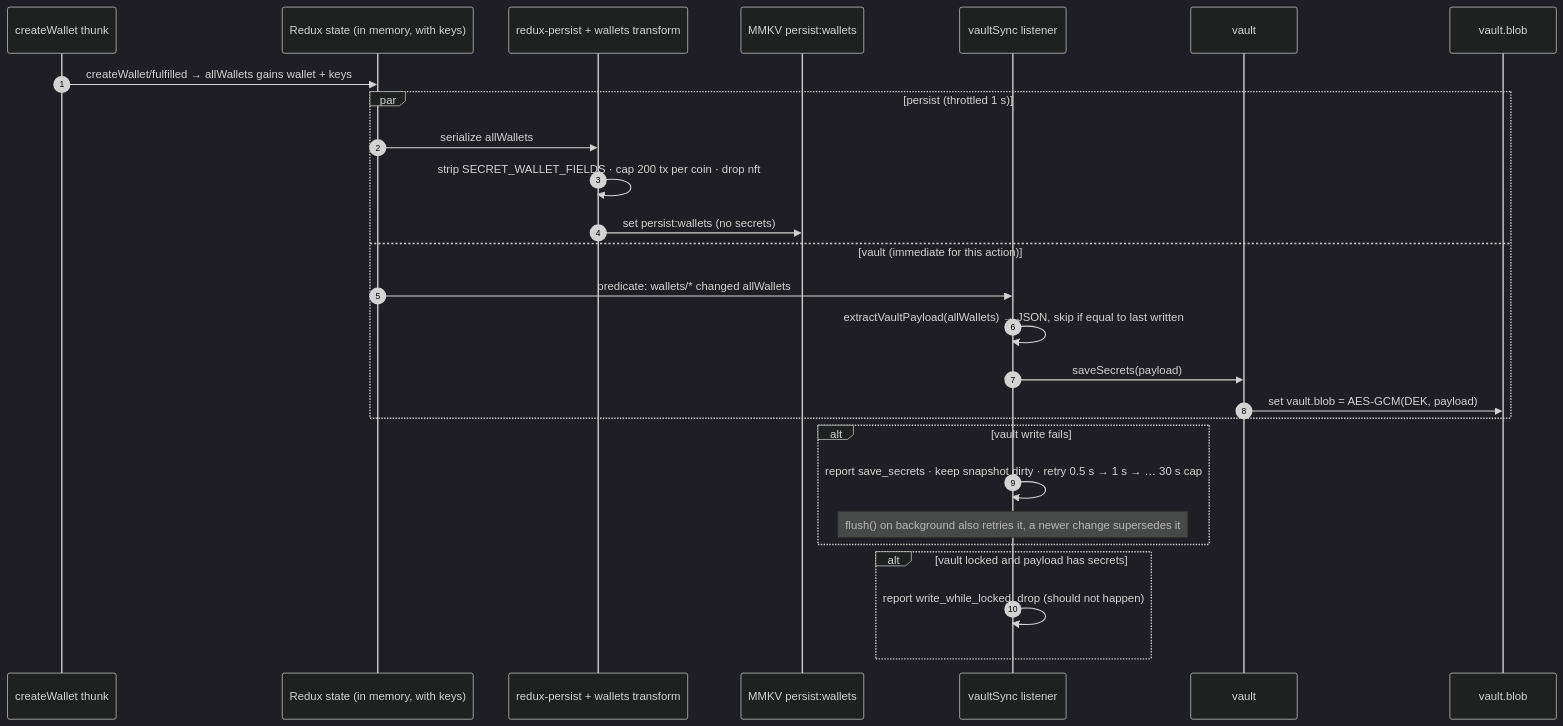
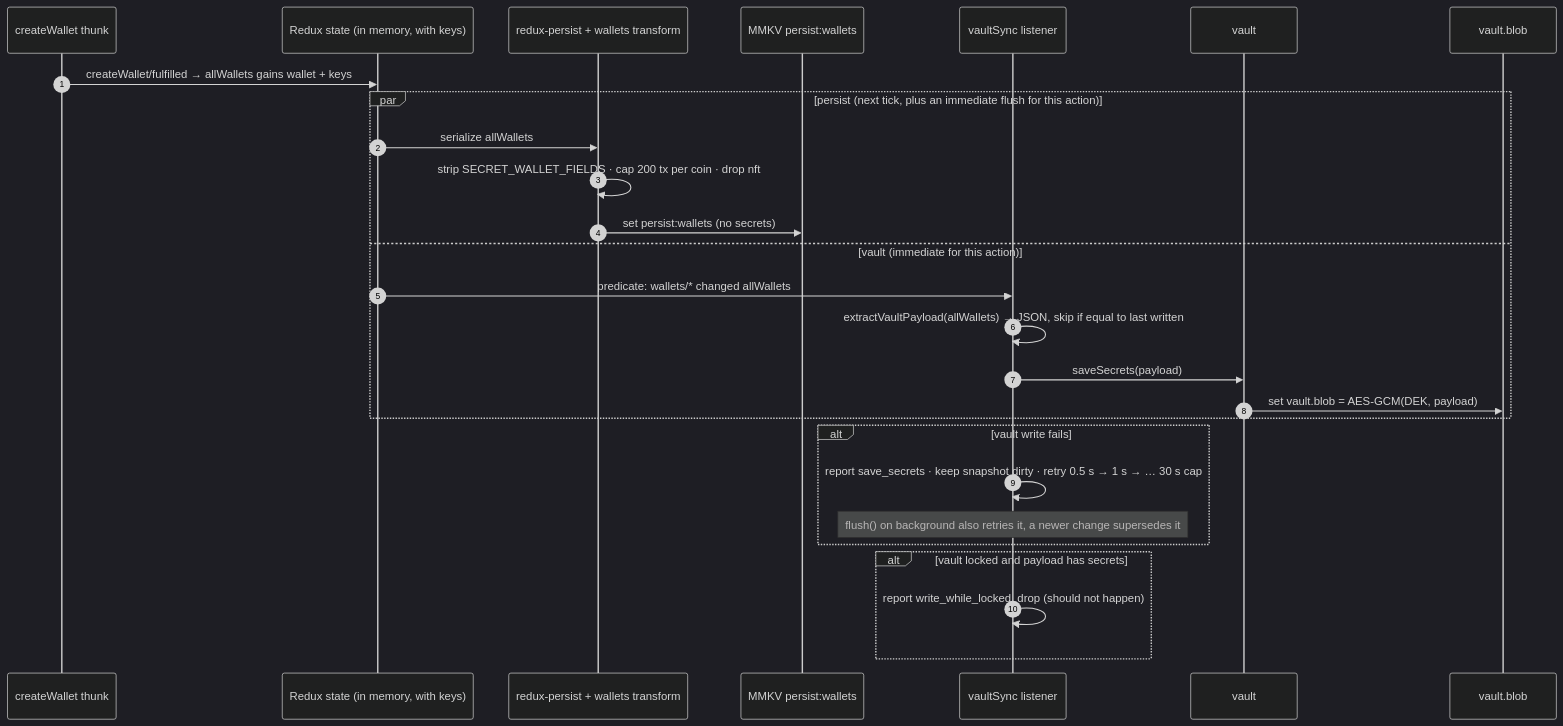
One commit to KM-opensource-crypto-wallet/mobile_app changed the sixth of 9 diagrams in docs/secure-storage-flow.md. Above: the diagram before and after it, drawn with Mermaid (dark theme). The commit also changed other lines of this file and 26 other files, not shown here.

````diff
--- a/docs/secure-storage-flow.md
+++ b/docs/secure-storage-flow.md
@@ -293,30 +305,30 @@
 ```mermaid
 sequenceDiagram
   autonumber
   participant T as createWallet thunk
   participant RS as Redux state (in memory, with keys)
   participant RP as redux-persist + wallets transform
   participant MM as MMKV persist:wallets
   participant VS as vaultSync listener
   participant V as vault
   participant SS as vault.blob
 
   T->>RS: createWallet/fulfilled → allWallets gains wallet + keys
-  par persist (throttled 1 s)
+  par persist (next tick, plus an immediate flush for this action)
     RS->>RP: serialize allWallets
     RP->>RP: strip SECRET_WALLET_FIELDS · cap 200 tx per coin · drop nft
     RP->>MM: set persist:wallets (no secrets)
   and vault (immediate for this action)
     RS->>VS: predicate: wallets/* changed allWallets
     VS->>VS: extractVaultPayload(allWallets) → JSON, skip if equal to last written
     VS->>V: saveSecrets(payload)
     V->>SS: set vault.blob = AES-GCM(DEK, payload)
   end
   alt vault write fails
     VS->>VS: report save_secrets · keep snapshot dirty · retry 0.5 s → 1 s → … 30 s cap
     Note over VS: flush() on background also retries it, a newer change supersedes it
   end
   alt vault locked and payload has secrets
     VS->>VS: report write_while_locked, drop (should not happen)
   end
 ```
````
